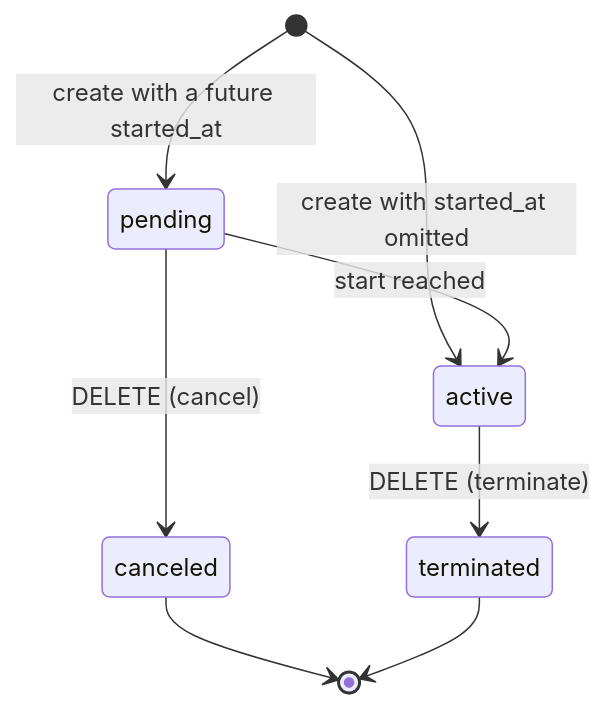
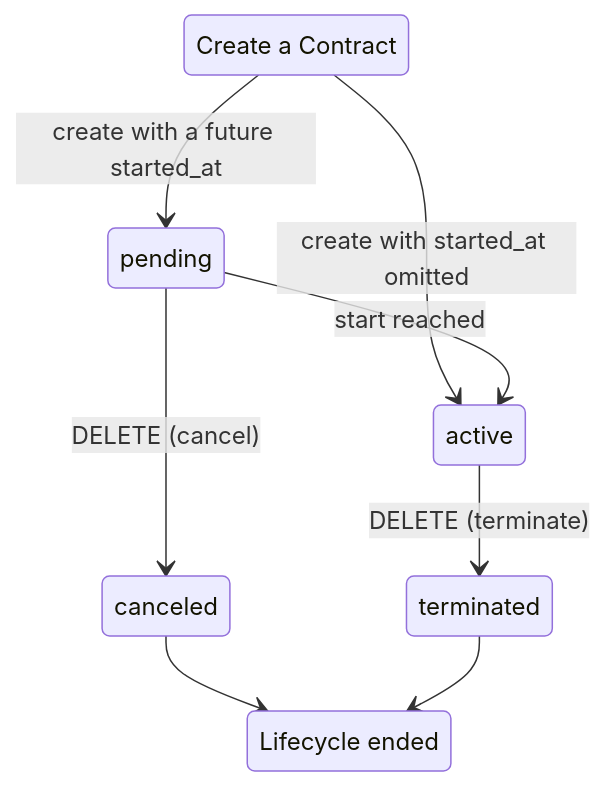
One commit to getlago/lago-doc changed the diagram in v2/guide/contracts/lifecycle.mdx. Above: the diagram before and after it, drawn with Mermaid.

Commit message:
docs: label Contract lifecycle entry and exit

````diff
--- a/v2/guide/contracts/lifecycle.mdx
+++ b/v2/guide/contracts/lifecycle.mdx
@@ -22,10 +22,12 @@
 ```mermaid
 stateDiagram-v2
-    [*] --> pending: create with a future started_at
-    [*] --> active: create with started_at omitted
+    state "Create a Contract" as creation
+    state "Lifecycle ended" as ended
+    creation --> pending: create with a future started_at
+    creation --> active: create with started_at omitted
     pending --> active: start reached
     pending --> canceled: DELETE (cancel)
     active --> terminated: DELETE (terminate)
-    canceled --> [*]
-    terminated --> [*]
+    canceled --> ended
+    terminated --> ended
 ```
````
